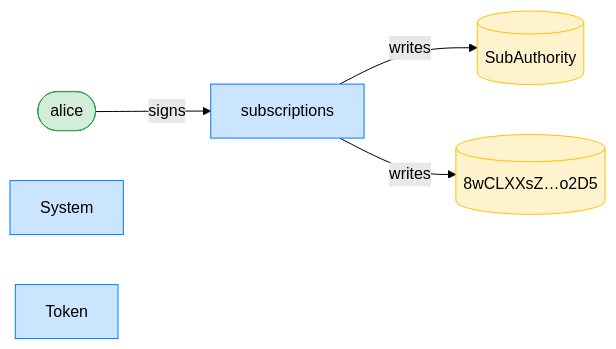
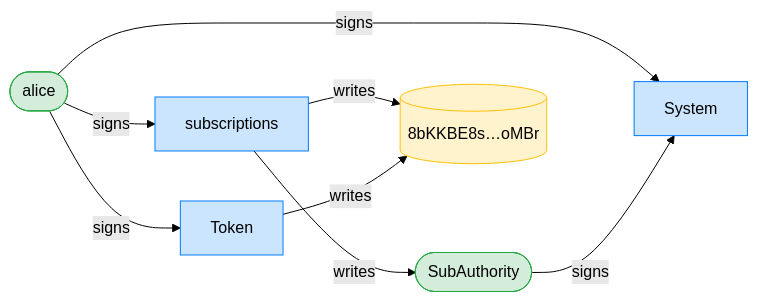
The third of 16 diagrams in dsl_tests/resume-rejects-a-stale-account-version.md (cds-rs/subscriptions), drawn with Mermaid (forest theme) before and after one commit. The commit also changed other lines of this file and 224 other files, not shown here.

````diff
--- a/dsl_tests/resume-rejects-a-stale-account-version.md
+++ b/dsl_tests/resume-rejects-a-stale-account-version.md
@@ -55,15 +56,19 @@
 ```mermaid
 flowchart LR
     classDef signer fill:#d4edda,stroke:#28a745;
     classDef program fill:#cce5ff,stroke:#007bff;
     classDef writable fill:#fff3cd,stroke:#ffc107;
     subscriptions[subscriptions]:::program
     alice([alice]):::signer
-    SubAuthority[(SubAuthority)]:::writable
-    8wCLXXsZ_o2D5[("8wCLXXsZ…o2D5")]:::writable
+    SubAuthority([SubAuthority]):::signer
+    8bKKBE8s_oMBr[("8bKKBE8s…oMBr")]:::writable
     System[System]:::program
     Token[Token]:::program
     alice -->|signs| subscriptions
+    alice -->|signs| System
+    SubAuthority -->|signs| System
+    alice -->|signs| Token
     subscriptions -->|writes| SubAuthority
-    subscriptions -->|writes| 8wCLXXsZ_o2D5
+    subscriptions -->|writes| 8bKKBE8s_oMBr
+    Token -->|writes| 8bKKBE8s_oMBr
 ```
````
